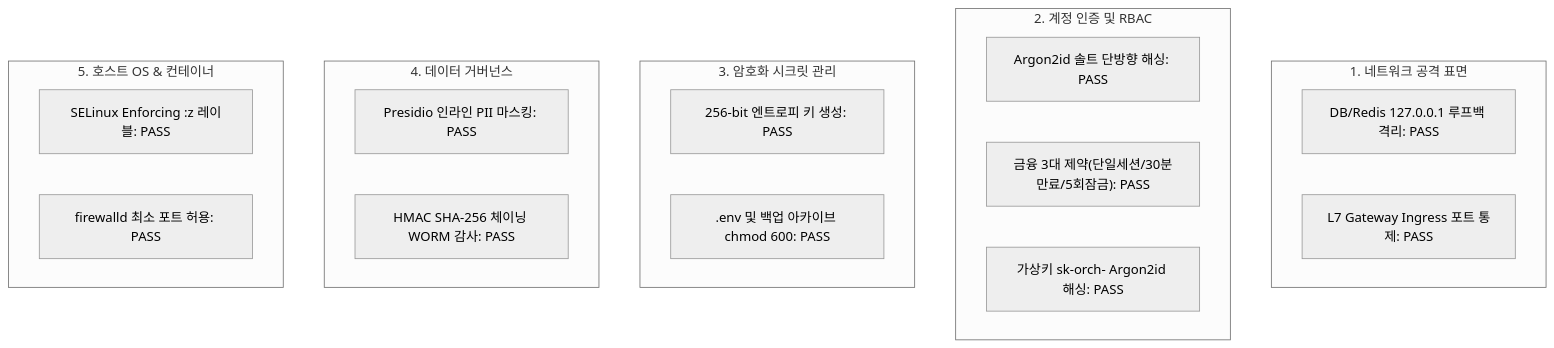
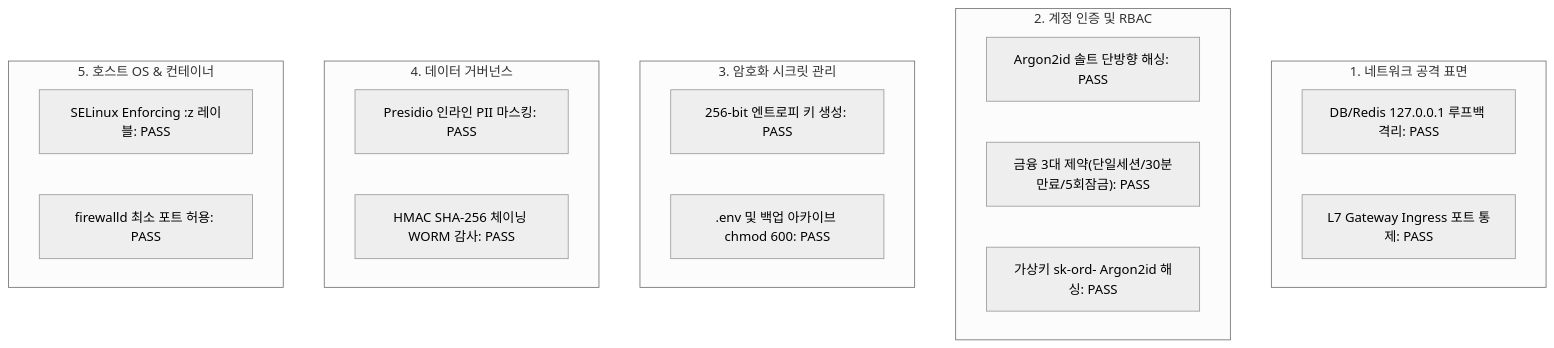
One commit to keikun80/ordinatio changed the diagram in architecture/03_security_and_governance/PRE_33_security_review_and_hardening_report.md. Above: the diagram before and after it, drawn with Mermaid (neutral theme). The commit also changed other lines of this file and 356 other files, not shown here.

````diff
--- a/architecture/03_security_and_governance/PRE_33_security_review_and_hardening_report.md
+++ b/architecture/03_security_and_governance/PRE_33_security_review_and_hardening_report.md
@@ -16,28 +16,28 @@
 ```mermaid
 graph TD
     subgraph Domain1 ["1. 네트워크 공격 표면"]
         D1_A["DB/Redis 127.0.0.1 루프백 격리: PASS"]
         D1_B["L7 Gateway Ingress 포트 통제: PASS"]
     end
 
     subgraph Domain2 ["2. 계정 인증 및 RBAC"]
         D2_A["Argon2id 솔트 단방향 해싱: PASS"]
         D2_B["금융 3대 제약(단일세션/30분만료/5회잠금): PASS"]
-        D2_C["가상키 sk-orch- Argon2id 해싱: PASS"]
+        D2_C["가상키 sk-ord- Argon2id 해싱: PASS"]
     end
 
     subgraph Domain3 ["3. 암호화 시크릿 관리"]
         D3_A["256-bit 엔트로피 키 생성: PASS"]
         D3_B[".env 및 백업 아카이브 chmod 600: PASS"]
     end
 
     subgraph Domain4 ["4. 데이터 거버넌스"]
         D4_A["Presidio 인라인 PII 마스킹: PASS"]
         D4_B["HMAC SHA-256 체이닝 WORM 감사: PASS"]
     end
 
     subgraph Domain5 ["5. 호스트 OS & 컨테이너"]
         D5_A["SELinux Enforcing :z 레이블: PASS"]
         D5_B["firewalld 최소 포트 허용: PASS"]
     end
 ```
````
